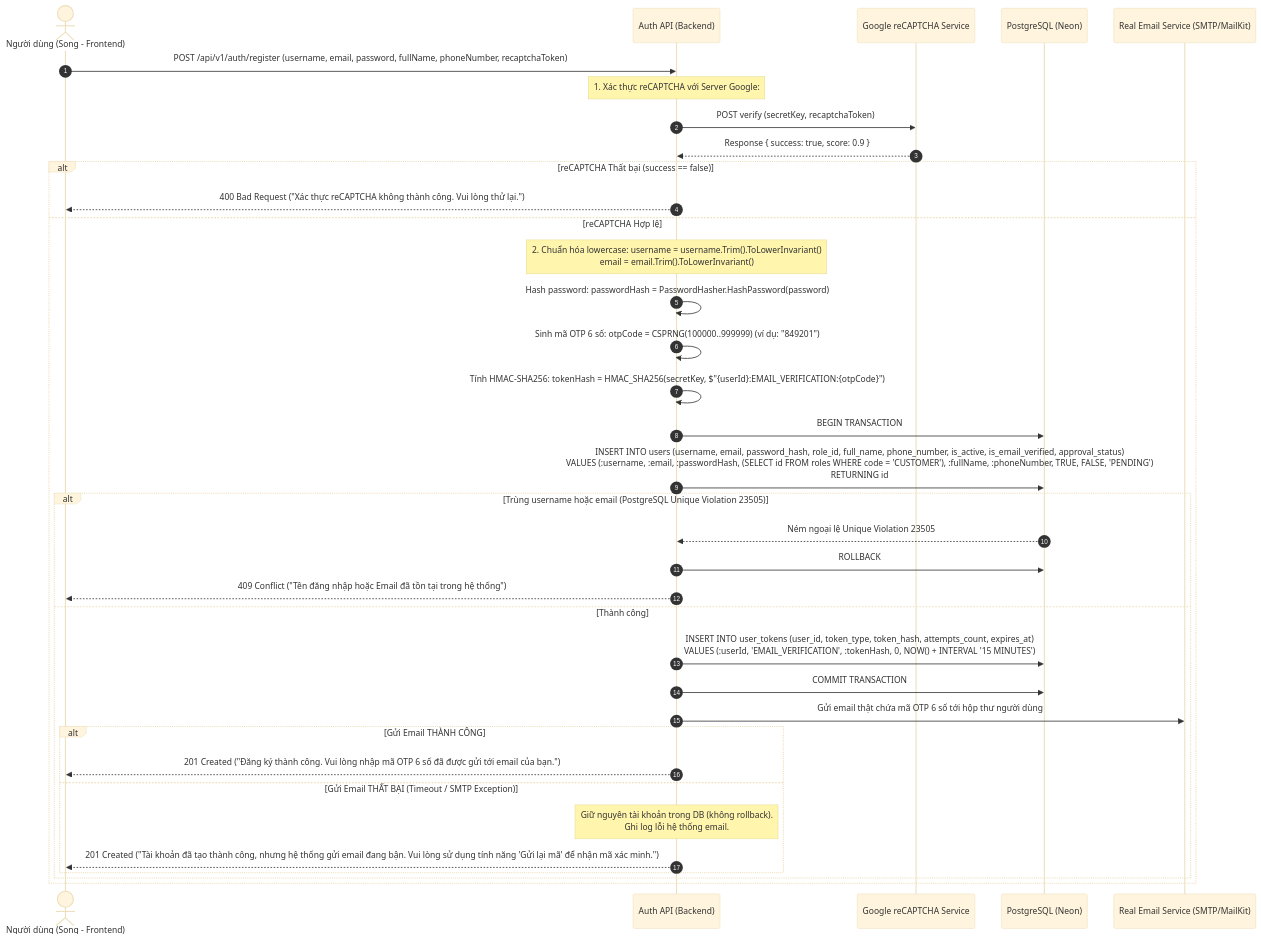
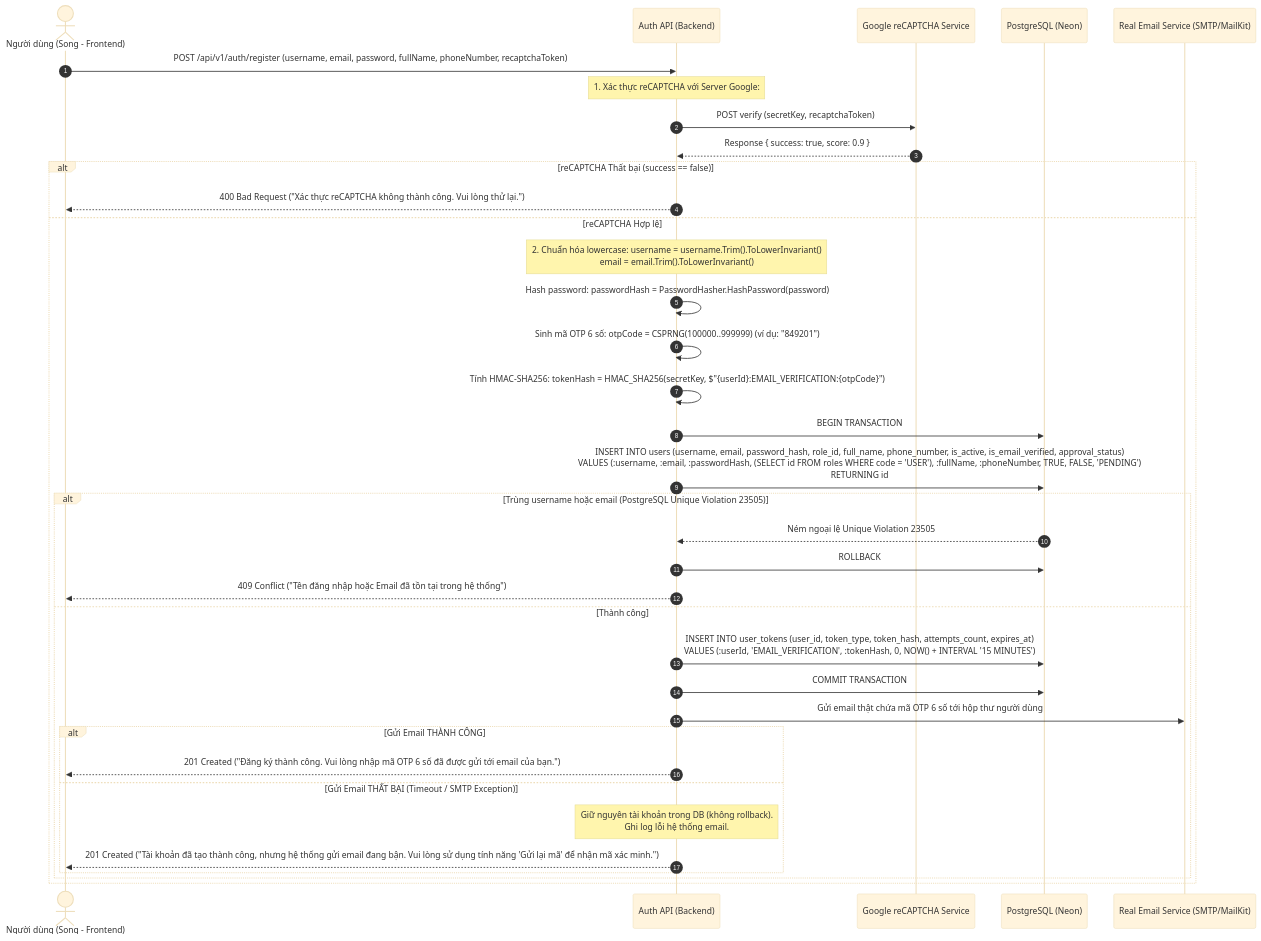
One commit to silver-phung/smart-parking-system changed the first of 3 diagrams in docs/database/09_ACCOUNTS_AUTH_FLOWS.md. Above: the diagram before and after it, drawn with Mermaid (base theme). The commit also changed other lines of this file and 21 other files, not shown here.

````diff
--- a/docs/database/09_ACCOUNTS_AUTH_FLOWS.md
+++ b/docs/database/09_ACCOUNTS_AUTH_FLOWS.md
@@ -35,42 +35,42 @@
 ```mermaid
 sequenceDiagram
     autonumber
     actor Client as Người dùng (Song - Frontend)
     participant API as Auth API (Backend)
     participant reCAPTCHA as Google reCAPTCHA Service
     participant DB as PostgreSQL (Neon)
     participant Mail as Real Email Service (SMTP/MailKit)
 
     Client->>API: POST /api/v1/auth/register (username, email, password, fullName, phoneNumber, recaptchaToken)
     
     Note over API: 1. Xác thực reCAPTCHA với Server Google:
     API->>reCAPTCHA: POST verify (secretKey, recaptchaToken)
     reCAPTCHA-->>API: Response { success: true, score: 0.9 }
     alt reCAPTCHA Thất bại (success == false)
         API-->>Client: 400 Bad Request ("Xác thực reCAPTCHA không thành công. Vui lòng thử lại.")
     else reCAPTCHA Hợp lệ
         Note over API: 2. Chuẩn hóa lowercase: username = username.Trim().ToLowerInvariant()<br/>email = email.Trim().ToLowerInvariant()
         API->>API: Hash password: passwordHash = PasswordHasher.HashPassword(password)
         API->>API: Sinh mã OTP 6 số: otpCode = CSPRNG(100000..999999) (ví dụ: "849201")
         API->>API: Tính HMAC-SHA256: tokenHash = HMAC_SHA256(secretKey, $"{userId}:EMAIL_VERIFICATION:{otpCode}")
         
         API->>DB: BEGIN TRANSACTION
-        API->>DB: INSERT INTO users (username, email, password_hash, role_id, full_name, phone_number, is_active, is_email_verified, approval_status)<br/>VALUES (:username, :email, :passwordHash, (SELECT id FROM roles WHERE code = 'CUSTOMER'), :fullName, :phoneNumber, TRUE, FALSE, 'PENDING')<br/>RETURNING id;
+        API->>DB: INSERT INTO users (username, email, password_hash, role_id, full_name, phone_number, is_active, is_email_verified, approval_status)<br/>VALUES (:username, :email, :passwordHash, (SELECT id FROM roles WHERE code = 'USER'), :fullName, :phoneNumber, TRUE, FALSE, 'PENDING')<br/>RETURNING id;
         alt Trùng username hoặc email (PostgreSQL Unique Violation 23505)
             DB-->>API: Ném ngoại lệ Unique Violation 23505
             API->>DB: ROLLBACK
             API-->>Client: 409 Conflict ("Tên đăng nhập hoặc Email đã tồn tại trong hệ thống")
         else Thành công
             API->>DB: INSERT INTO user_tokens (user_id, token_type, token_hash, attempts_count, expires_at)<br/>VALUES (:userId, 'EMAIL_VERIFICATION', :tokenHash, 0, NOW() + INTERVAL '15 MINUTES');
             API->>DB: COMMIT TRANSACTION
             
             API->>Mail: Gửi email thật chứa mã OTP 6 số tới hộp thư người dùng
             alt Gửi Email THÀNH CÔNG
                 API-->>Client: 201 Created ("Đăng ký thành công. Vui lòng nhập mã OTP 6 số đã được gửi tới email của bạn.")
             else Gửi Email THẤT BẠI (Timeout / SMTP Exception)
                 Note over API: Giữ nguyên tài khoản trong DB (không rollback).<br/>Ghi log lỗi hệ thống email.
                 API-->>Client: 201 Created ("Tài khoản đã tạo thành công, nhưng hệ thống gửi email đang bận. Vui lòng sử dụng tính năng 'Gửi lại mã' để nhận mã xác minh.")
             end
         end
     end
 ```
````
